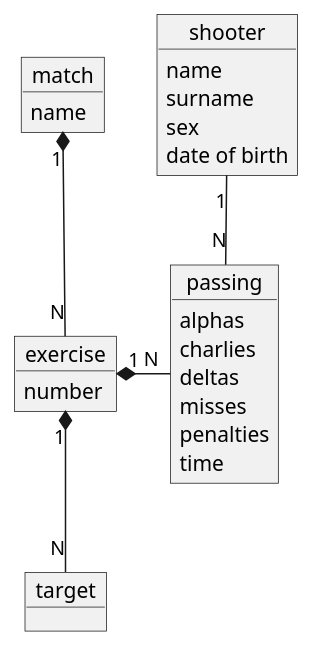
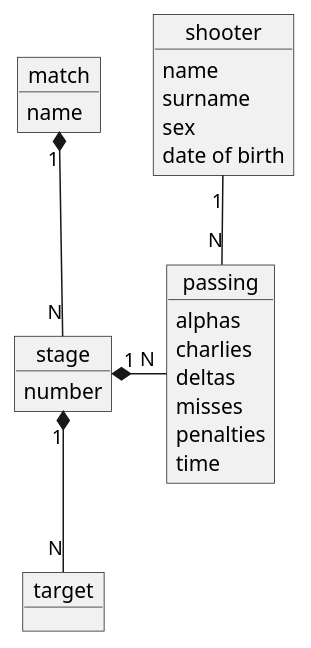
Before and after one commit to akryvtsun/jmss: the diagram in spec/diagrams/objects.puml, drawn with PlantUML. The commit also changed 3 other files, not shown here.

```diff
--- a/spec/diagrams/objects.puml
+++ b/spec/diagrams/objects.puml
@@ -1,31 +1,31 @@
 @startuml
 
 object match {
     name
 }
-object exercise {
+object stage {
     number
 }
 object target {
 }
 object passing {
     alphas
     charlies
     deltas
     misses
     penalties
     time
 }
 object shooter {
     name
     surname
     sex
     date of birth
 }
 
-match "1" *-- "N" exercise
-exercise "1" *-right- "N" passing
-exercise "1" *-down- "N" target
+match "1" *-- "N" stage
+stage "1" *-right- "N" passing
+stage "1" *-down- "N" target
 shooter "1" -down- "N" passing
 
 @enduml
```
